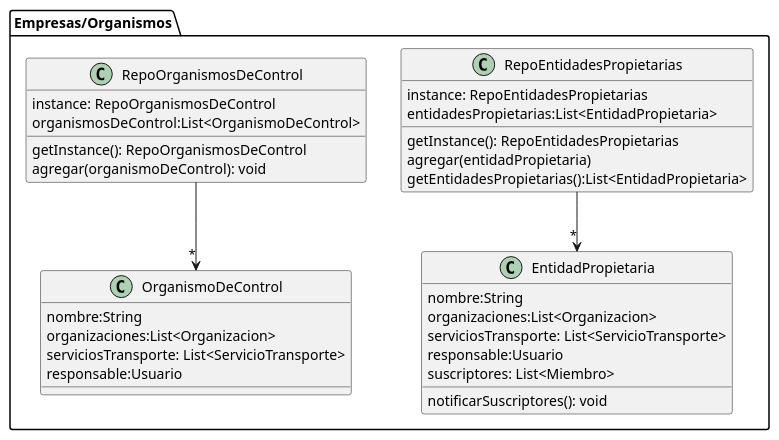
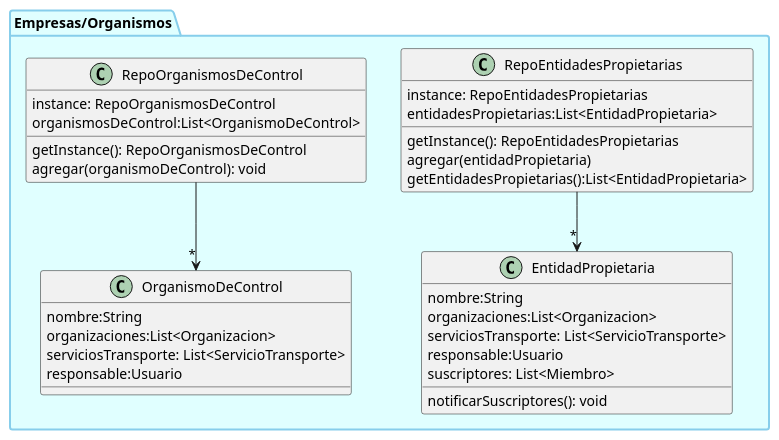
One commit to tomidandrea/TPA-DDS-2023 changed the diagram in Entrega-3/out/empresasYorganismos.puml. Above: the diagram before and after it, drawn with PlantUML. The commit also changed 9 other files, not shown here.

Commit message:
Ordeno diagrama de clases

```diff
--- a/Entrega-3/out/empresasYorganismos.puml
+++ b/Entrega-3/out/empresasYorganismos.puml
@@ -1,43 +1,43 @@
 @startuml
 'https://plantuml.com/class-diagram
 
-package Empresas/Organismos{
+package Empresas/Organismos #back:lightcyan;line:skyblue;line.bold{
     class EntidadPropietaria{
         nombre:String
         organizaciones:List<Organizacion>
         serviciosTransporte: List<ServicioTransporte>
         responsable:Usuario
         suscriptores: List<Miembro>
 
         notificarSuscriptores(): void
     }
 
     class RepoEntidadesPropietarias{
         instance: RepoEntidadesPropietarias
         entidadesPropietarias:List<EntidadPropietaria>
 
         getInstance(): RepoEntidadesPropietarias
         agregar(entidadPropietaria)
         getEntidadesPropietarias():List<EntidadPropietaria>
     }
 
     class OrganismoDeControl{
         nombre:String
         organizaciones:List<Organizacion>
         serviciosTransporte: List<ServicioTransporte>
         responsable:Usuario
     }
 
     class RepoOrganismosDeControl{
         instance: RepoOrganismosDeControl
         organismosDeControl:List<OrganismoDeControl>
 
         getInstance(): RepoOrganismosDeControl
         agregar(organismoDeControl): void
     }
 
     RepoEntidadesPropietarias-->"*"EntidadPropietaria
     RepoOrganismosDeControl-->"*"OrganismoDeControl
 }
 
 @enduml
```
